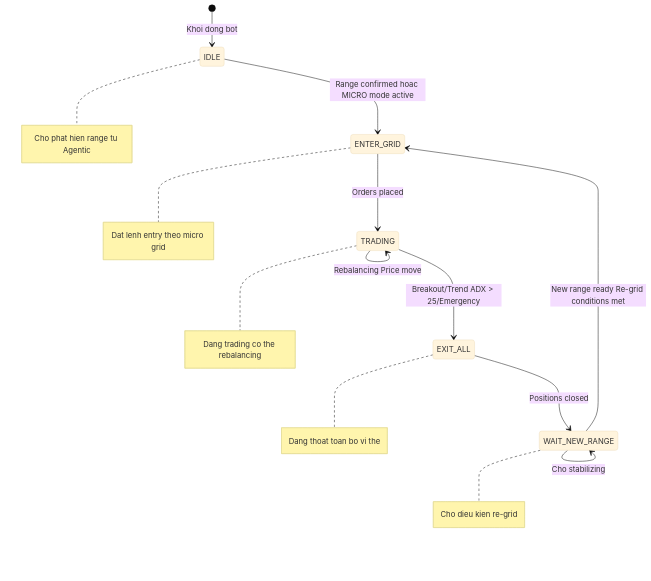
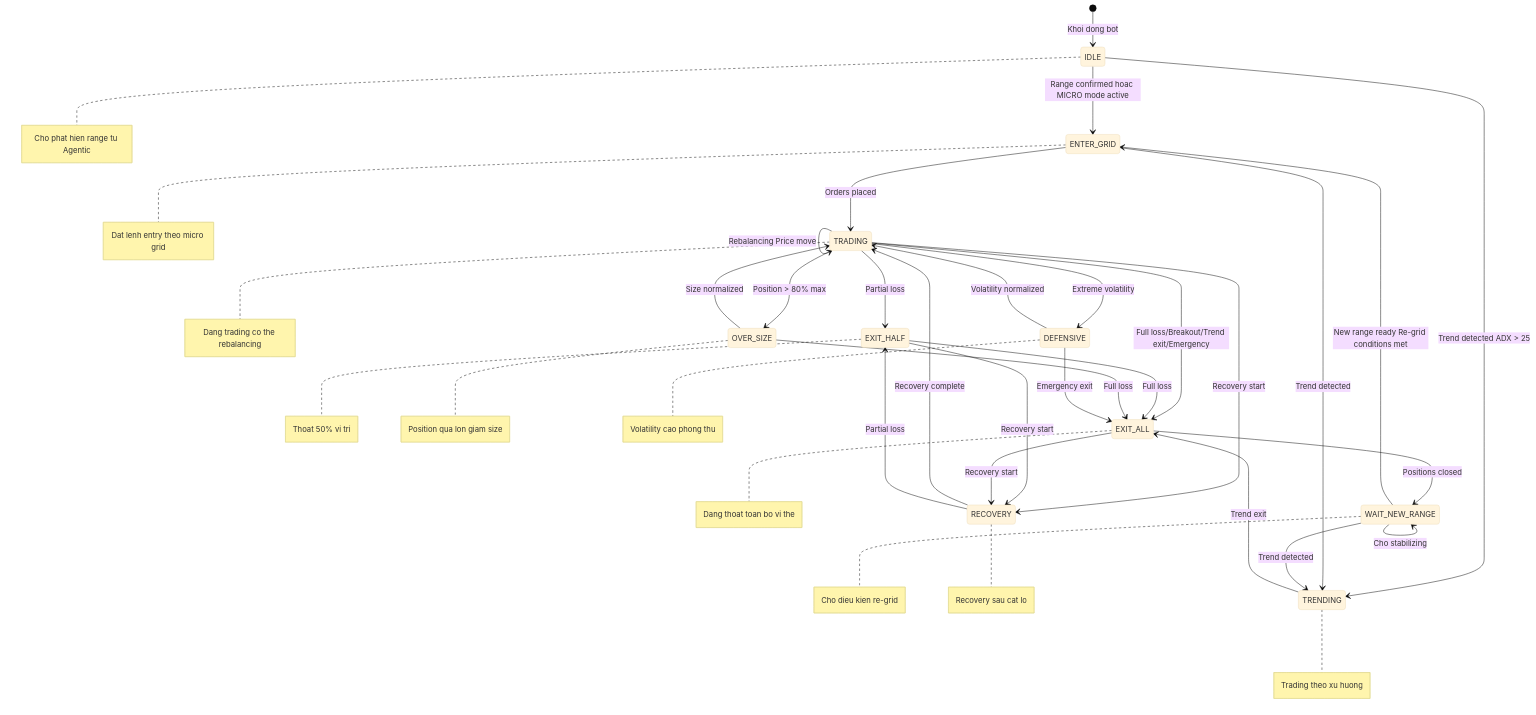
One commit to baolongdinh/aster-perp-trading changed the third of 19 diagrams in AGENTIC_TRADING_NGHIEP_VU.md. Above: the diagram before and after it, drawn with Mermaid (base theme). The commit also changed other lines of this file and 56 other files, not shown here.

Commit message:
feat: agentic flow

````diff
--- a/AGENTIC_TRADING_NGHIEP_VU.md
+++ b/AGENTIC_TRADING_NGHIEP_VU.md
@@ -100,17 +100,48 @@
 ```mermaid
 stateDiagram
     [*] --> IDLE: Khoi dong bot
     IDLE --> ENTER_GRID: Range confirmed hoac MICRO mode active
+    IDLE --> TRENDING: Trend detected ADX > 25
+
     ENTER_GRID --> TRADING: Orders placed
-    TRADING --> EXIT_ALL: Breakout/Trend ADX > 25/Emergency
+    ENTER_GRID --> TRENDING: Trend detected
+
+    TRADING --> EXIT_HALF: Partial loss
+    TRADING --> EXIT_ALL: Full loss/Breakout/Trend exit/Emergency
+    TRADING --> OVER_SIZE: Position > 80% max
+    TRADING --> DEFENSIVE: Extreme volatility
+    TRADING --> RECOVERY: Recovery start
     TRADING --> TRADING: Rebalancing Price move
+
+    EXIT_HALF --> RECOVERY: Recovery start
+    EXIT_HALF --> EXIT_ALL: Full loss
+
     EXIT_ALL --> WAIT_NEW_RANGE: Positions closed
+    EXIT_ALL --> RECOVERY: Recovery start
+
     WAIT_NEW_RANGE --> ENTER_GRID: New range ready Re-grid conditions met
+    WAIT_NEW_RANGE --> TRENDING: Trend detected
     WAIT_NEW_RANGE --> WAIT_NEW_RANGE: Cho stabilizing
+
+    OVER_SIZE --> TRADING: Size normalized
+    OVER_SIZE --> EXIT_ALL: Full loss
+
+    DEFENSIVE --> TRADING: Volatility normalized
+    DEFENSIVE --> EXIT_ALL: Emergency exit
+
+    RECOVERY --> TRADING: Recovery complete
+    RECOVERY --> EXIT_HALF: Partial loss
+
+    TRENDING --> EXIT_ALL: Trend exit
 
     note right of IDLE: Cho phat hien range tu Agentic
     note right of ENTER_GRID: Dat lenh entry theo micro grid
     note right of TRADING: Dang trading co the rebalancing
+    note right of EXIT_HALF: Thoat 50% vi tri
     note right of EXIT_ALL: Dang thoat toan bo vi the
     note right of WAIT_NEW_RANGE: Cho dieu kien re-grid
+    note right of OVER_SIZE: Position qua lon giam size
+    note right of DEFENSIVE: Volatility cao phong thu
+    note right of RECOVERY: Recovery sau cat lo
+    note right of TRENDING: Trading theo xu huong
 ```
````
